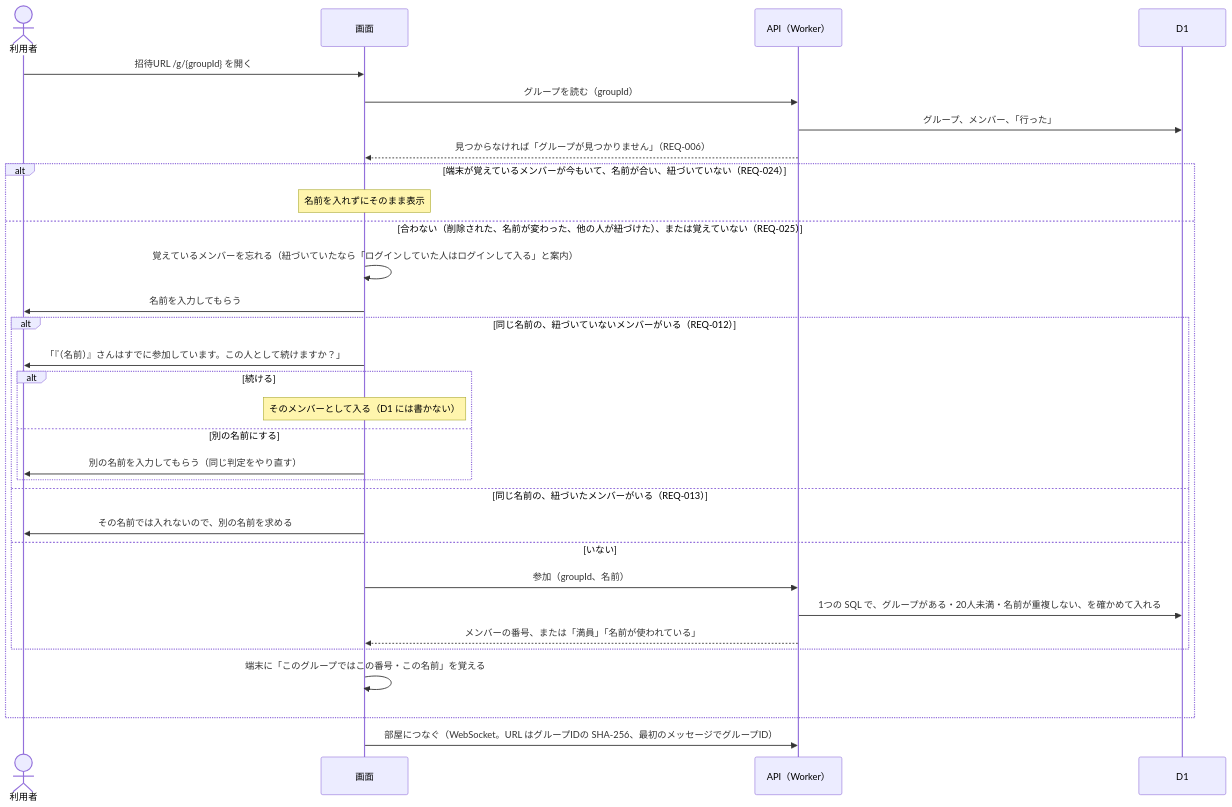
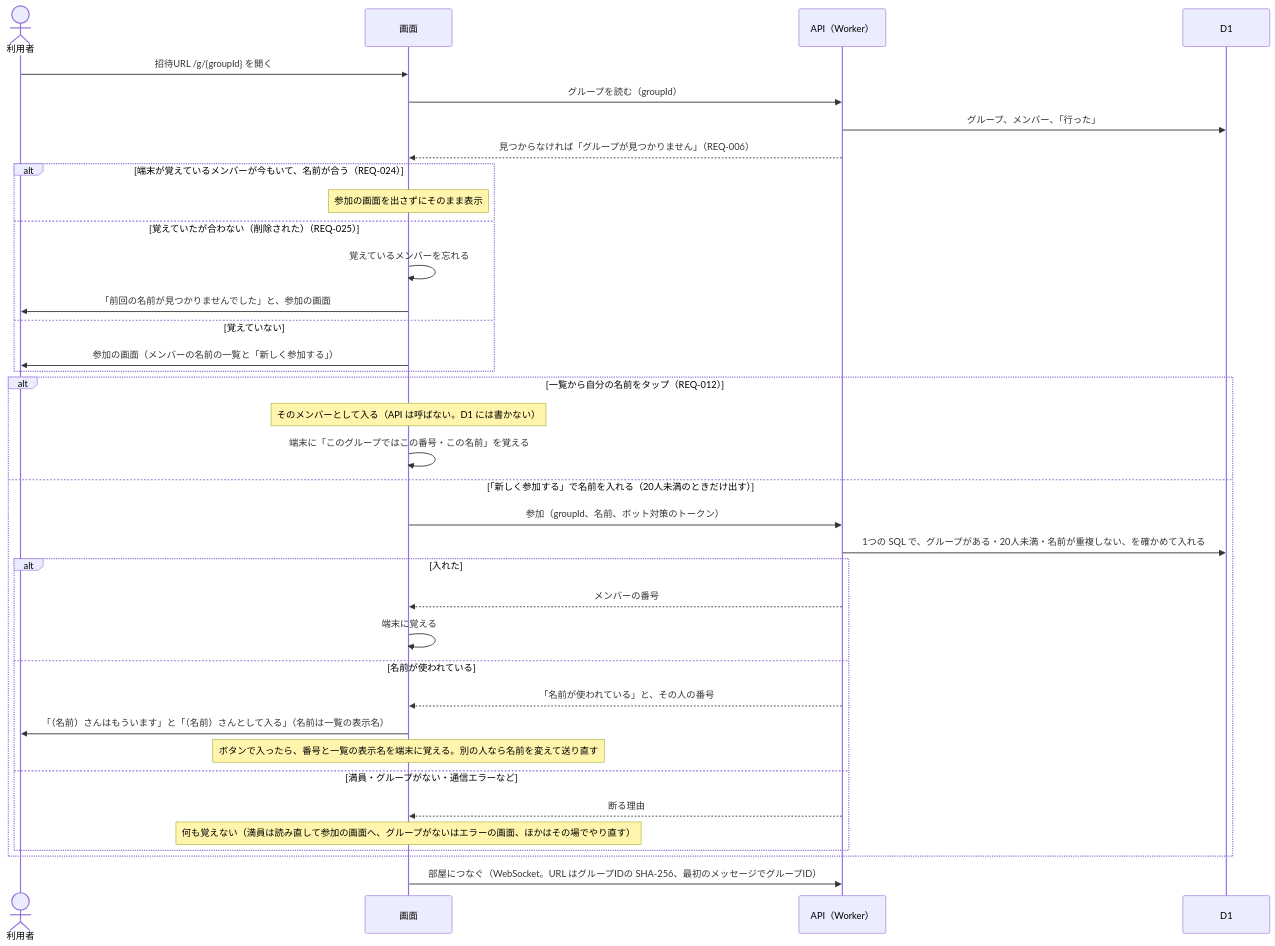
One commit to yuppy52/tabikaigi-map changed the diagram in docs/design/auth-flow.md. Above: the diagram before and after it, drawn with Mermaid. The commit also changed other lines of this file and 24 other files, not shown here.

````diff
--- a/docs/design/auth-flow.md
+++ b/docs/design/auth-flow.md
@@ -41,34 +36,39 @@
 ```mermaid
 sequenceDiagram
   actor U as 利用者
   participant App as 画面
   participant API as API（Worker）
   participant DB as D1
 
   U->>App: 招待URL /g/{groupId} を開く
   App->>API: グループを読む（groupId）
   API->>DB: グループ、メンバー、「行った」
   API-->>App: 見つからなければ「グループが見つかりません」（REQ-006）
-  alt 端末が覚えているメンバーが今もいて、名前が合い、紐づいていない（REQ-024）
-    Note over App: 名前を入れずにそのまま表示
-  else 合わない（削除された、名前が変わった、他の人が紐づけた）、または覚えていない（REQ-025）
-    App->>App: 覚えているメンバーを忘れる（紐づいていたなら「ログインしていた人はログインして入る」と案内）
-    App->>U: 名前を入力してもらう
-    alt 同じ名前の、紐づいていないメンバーがいる（REQ-012）
-      App->>U: 「『（名前）』さんはすでに参加しています。この人として続けますか？」
-      alt 続ける
-        Note over App: そのメンバーとして入る（D1 には書かない）
-      else 別の名前にする
-        App->>U: 別の名前を入力してもらう（同じ判定をやり直す）
-      end
-    else 同じ名前の、紐づいたメンバーがいる（REQ-013）
-      App->>U: その名前では入れないので、別の名前を求める
-    else いない
-      App->>API: 参加（groupId、名前）
-      API->>DB: 1つの SQL で、グループがある・20人未満・名前が重複しない、を確かめて入れる
-      API-->>App: メンバーの番号、または「満員」「名前が使われている」
+  alt 端末が覚えているメンバーが今もいて、名前が合う（REQ-024）
+    Note over App: 参加の画面を出さずにそのまま表示
+  else 覚えていたが合わない（削除された）（REQ-025）
+    App->>App: 覚えているメンバーを忘れる
+    App->>U: 「前回の名前が見つかりませんでした」と、参加の画面
+  else 覚えていない
+    App->>U: 参加の画面（メンバーの名前の一覧と「新しく参加する」）
+  end
+  alt 一覧から自分の名前をタップ（REQ-012）
+    Note over App: そのメンバーとして入る（API は呼ばない。D1 には書かない）
+    App->>App: 端末に「このグループではこの番号・この名前」を覚える
+  else 「新しく参加する」で名前を入れる（20人未満のときだけ出す）
+    App->>API: 参加（groupId、名前、ボット対策のトークン）
+    API->>DB: 1つの SQL で、グループがある・20人未満・名前が重複しない、を確かめて入れる
+    alt 入れた
+      API-->>App: メンバーの番号
+      App->>App: 端末に覚える
+    else 名前が使われている
+      API-->>App: 「名前が使われている」と、その人の番号
+      App->>U: 「（名前）さんはもういます」と「（名前）さんとして入る」（名前は一覧の表示名）
+      Note over App: ボタンで入ったら、番号と一覧の表示名を端末に覚える。別の人なら名前を変えて送り直す
+    else 満員・グループがない・通信エラーなど
+      API-->>App: 断る理由
+      Note over App: 何も覚えない（満員は読み直して参加の画面へ、グループがないはエラーの画面、ほかはその場でやり直す）
     end
-    App->>App: 端末に「このグループではこの番号・この名前」を覚える
   end
   App->>API: 部屋につなぐ（WebSocket。URL はグループIDの SHA-256、最初のメッセージでグループID）
 ```
````
